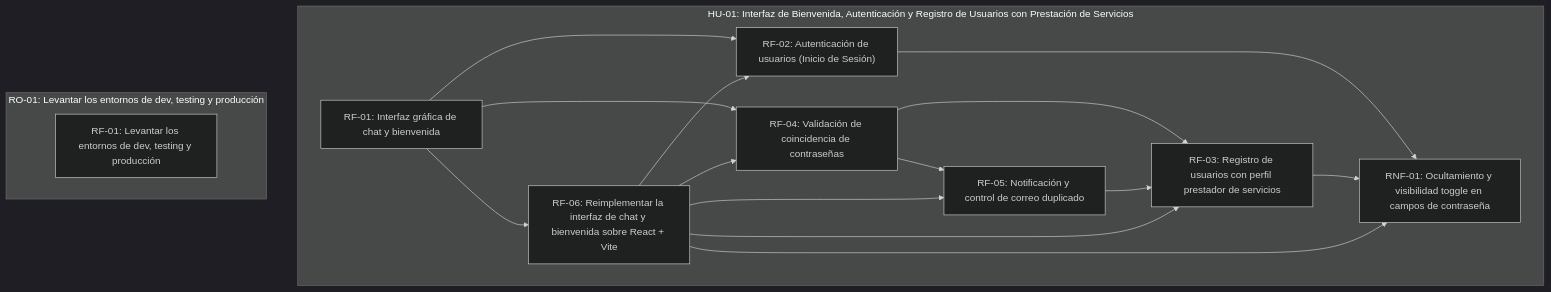
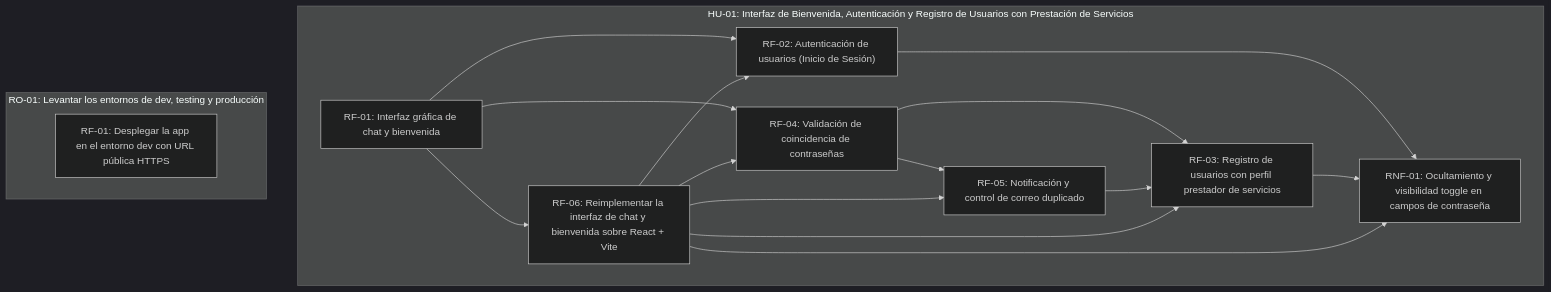
The diagram in scrumDocs/grafo.md (fiemcasals/refactoryProfesionales), drawn with Mermaid (dark theme) before and after one commit. The commit also changed other lines of this file, not shown here.

Commit message:
Auto-publish: actualiza scrumDocs/grafo.md

````diff
--- a/scrumDocs/grafo.md
+++ b/scrumDocs/grafo.md
@@ -5,28 +5,28 @@
 ```mermaid
 graph TD
   subgraph US_1785510643692["HU-01: Interfaz de Bienvenida, Autenticación y Registro de Usuarios con Prestación de Servicios"]
     REQ_1785771199977["RF-01: Interfaz gráfica de chat y bienvenida"]
     REQ_1785771214294["RF-02: Autenticación de usuarios (Inicio de Sesión)"]
     REQ_1785771214393["RF-03: Registro de usuarios con perfil prestador de servicios"]
     REQ_1785771214462["RF-04: Validación de coincidencia de contraseñas"]
     REQ_1785771214528["RF-05: Notificación y control de correo duplicado"]
     REQ_1785771214595["RNF-01: Ocultamiento y visibilidad toggle en campos de contraseña"]
     REQ_1790685849827["RF-06: Reimplementar la interfaz de chat y bienvenida sobre React + Vite"]
   end
   subgraph US_1790688869961["RO-01: Levantar los entornos de dev, testing y producción"]
-    REQ_1790688869968["RF-01: Levantar los entornos de dev, testing y producción"]
+    REQ_1790688869968["RF-01: Desplegar la app en el entorno dev con URL pública HTTPS"]
   end
   REQ_1785771199977 --> REQ_1785771214294
   REQ_1790685849827 --> REQ_1785771214294
   REQ_1785771214462 --> REQ_1785771214393
   REQ_1785771214528 --> REQ_1785771214393
   REQ_1790685849827 --> REQ_1785771214393
   REQ_1785771199977 --> REQ_1785771214462
   REQ_1790685849827 --> REQ_1785771214462
   REQ_1785771214462 --> REQ_1785771214528
   REQ_1790685849827 --> REQ_1785771214528
   REQ_1785771214294 --> REQ_1785771214595
   REQ_1785771214393 --> REQ_1785771214595
   REQ_1790685849827 --> REQ_1785771214595
   REQ_1785771199977 --> REQ_1790685849827
 ```
````
